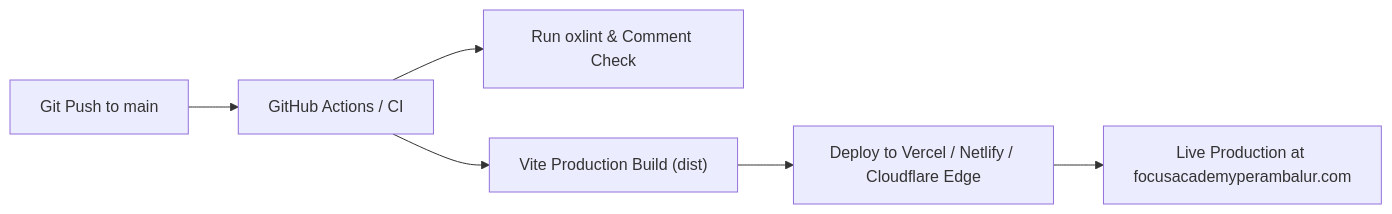
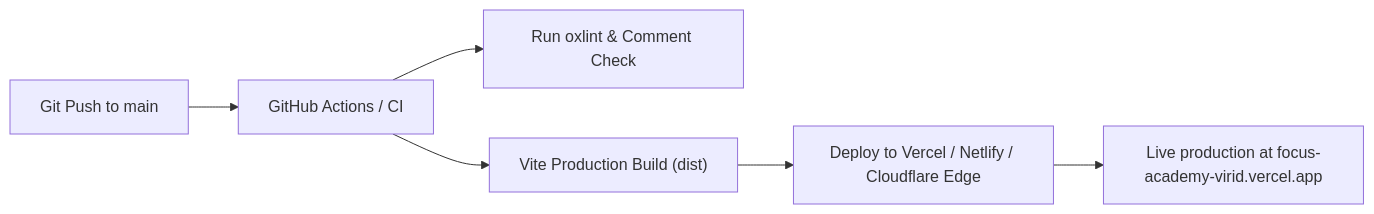
One commit to bankutech/focus-academy changed the third of 3 diagrams in README.md. Above: the diagram before and after it, drawn with Mermaid. The commit also changed other lines of this file and 64 other files, not shown here.

````diff
--- a/README.md
+++ b/README.md
@@ -327,8 +327,8 @@
 ```mermaid
 flowchart LR
     Push["Git Push to main"] --> CI["GitHub Actions / CI"]
     CI --> Lint["Run oxlint & Comment Check"]
     CI --> Build["Vite Production Build (dist)"]
     Build --> Vercel["Deploy to Vercel / Netlify / Cloudflare Edge"]
-    Vercel --> Live["Live Production at focusacademyperambalur.com"]
+    Vercel --> Live["Live production at focus-academy-virid.vercel.app"]
 ```
````
